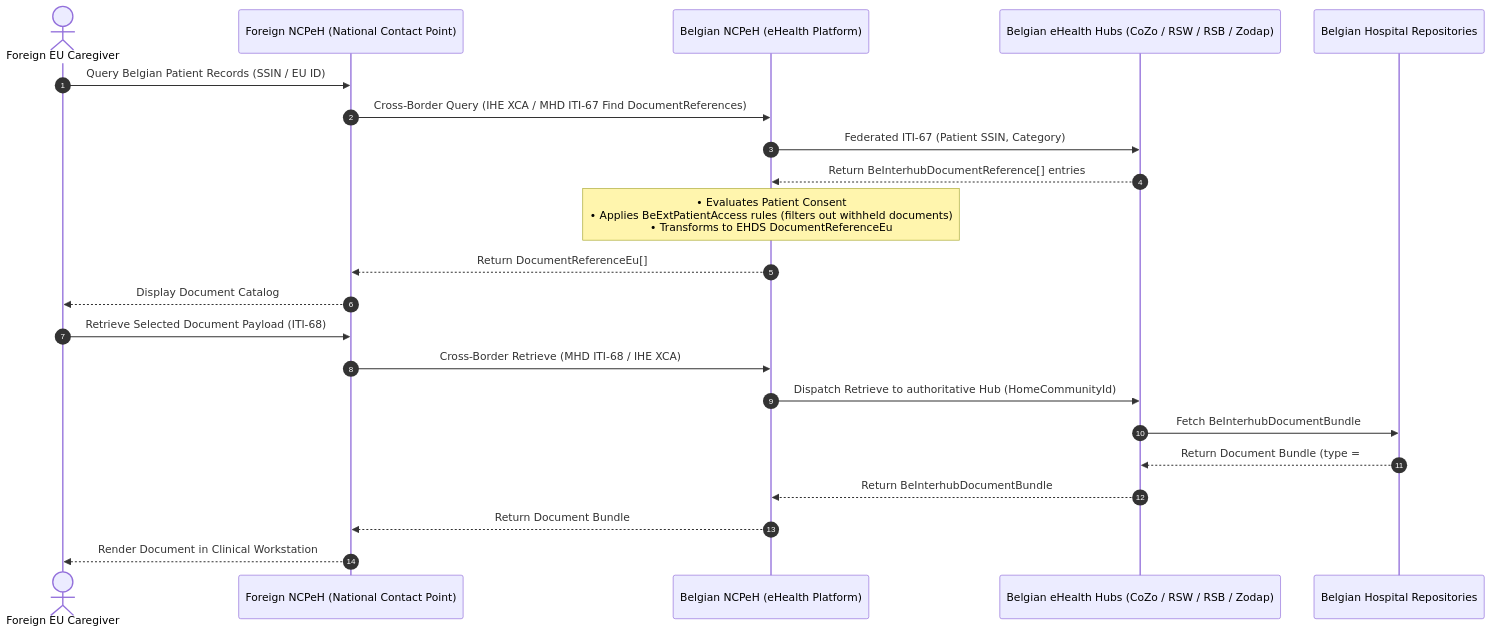
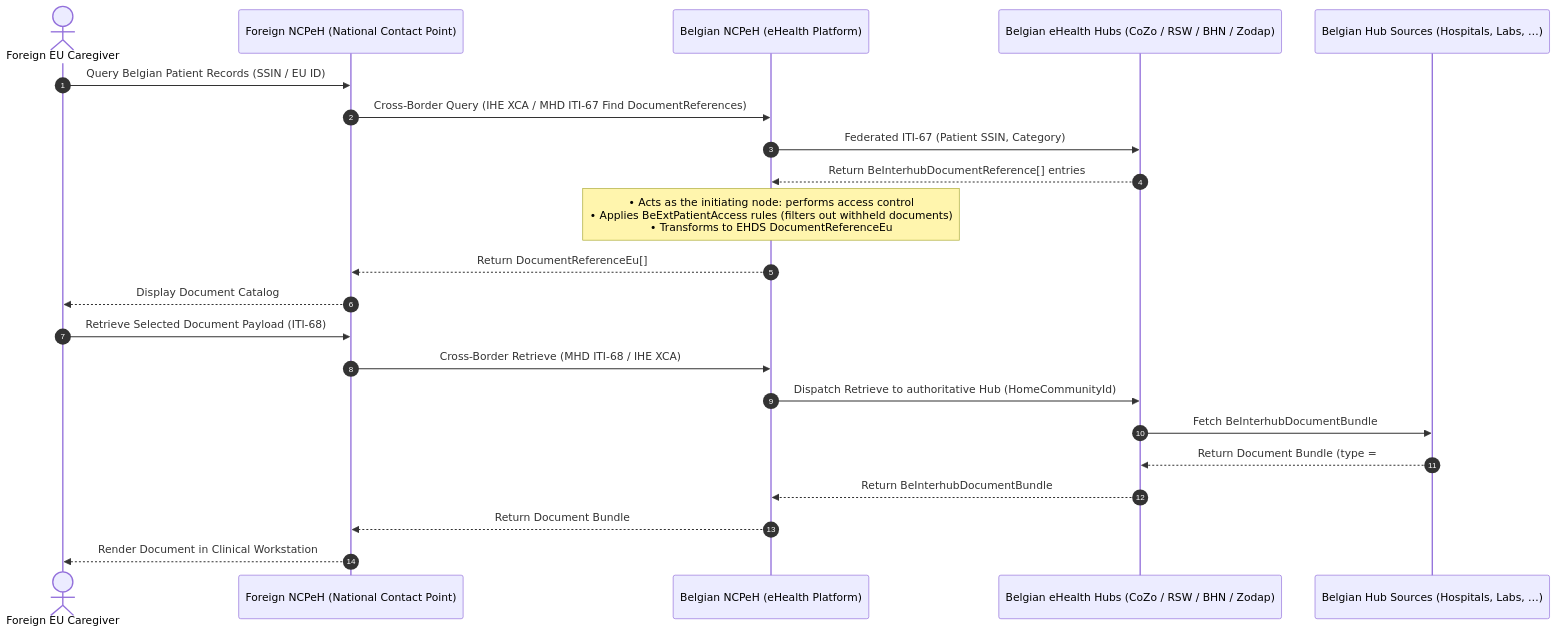
The second of 2 diagrams in input/pagecontent/ehds-alignment.md (Erwin-Bellon/hubsharing), drawn with Mermaid before and after one commit. The commit also changed other lines of this file and 17 other files, not shown here.

````diff
--- a/input/pagecontent/ehds-alignment.md
+++ b/input/pagecontent/ehds-alignment.md
@@ -80,26 +86,26 @@
 ```mermaid
 sequenceDiagram
     autonumber
     actor Caregiver as Foreign EU Caregiver
     participant FNCP as Foreign NCPeH (National Contact Point)
     participant BENCP as Belgian NCPeH (eHealth Platform)
-    participant Hubs as Belgian eHealth Hubs (CoZo / RSW / RSB / Zodap)
-    participant Vaults as Belgian Hospital Repositories
+    participant Hubs as Belgian eHealth Hubs (CoZo / RSW / BHN / Zodap)
+    participant Sources as Belgian Hub Sources (Hospitals, Labs, …)
 
     Caregiver->>FNCP: Query Belgian Patient Records (SSIN / EU ID)
     FNCP->>BENCP: Cross-Border Query (IHE XCA / MHD ITI-67 Find DocumentReferences)
     BENCP->>Hubs: Federated ITI-67 (Patient SSIN, Category)
     Hubs-->>BENCP: Return BeInterhubDocumentReference[] entries
-    Note over BENCP: • Evaluates Patient Consent<br/>• Applies BeExtPatientAccess rules (filters out withheld documents)<br/>• Transforms to EHDS DocumentReferenceEu
+    Note over BENCP: • Acts as the initiating node: performs access control<br/>• Applies BeExtPatientAccess rules (filters out withheld documents)<br/>• Transforms to EHDS DocumentReferenceEu
     BENCP-->>FNCP: Return DocumentReferenceEu[]
     FNCP-->>Caregiver: Display Document Catalog
     
     Caregiver->>FNCP: Retrieve Selected Document Payload (ITI-68)
     FNCP->>BENCP: Cross-Border Retrieve (MHD ITI-68 / IHE XCA)
     BENCP->>Hubs: Dispatch Retrieve to authoritative Hub (HomeCommunityId)
-    Hubs->>Vaults: Fetch BeInterhubDocumentBundle
-    Vaults-->>Hubs: Return Document Bundle (type = #document)
+    Hubs->>Sources: Fetch BeInterhubDocumentBundle
+    Sources-->>Hubs: Return Document Bundle (type = #document)
     Hubs-->>BENCP: Return BeInterhubDocumentBundle
     BENCP-->>FNCP: Return Document Bundle
     FNCP-->>Caregiver: Render Document in Clinical Workstation
 ```
````
